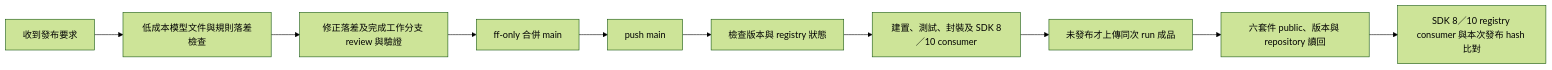
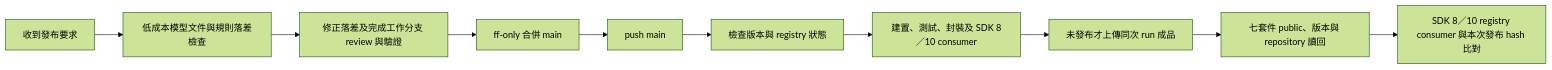
Before and after one commit to YuChia-Wei/ArchPrecept: the diagram in docs/releases/cicd-plan.md, drawn with Mermaid (forest theme). The commit also changed other lines of this file and 35 other files, not shown here.

````diff
--- a/docs/releases/cicd-plan.md
+++ b/docs/releases/cicd-plan.md
@@ -37,12 +37,12 @@
 ```mermaid
 flowchart LR
     R[收到發布要求] --> S[低成本模型文件與規則落差檢查]
     S --> A[修正落差及完成工作分支 review 與驗證]
     A --> B[ff-only 合併 main]
     B --> C[push main]
     C --> D[檢查版本與 registry 狀態]
     D --> E[建置、測試、封裝及 SDK 8／10 consumer]
     E --> F[未發布才上傳同次 run 成品]
-    F --> G[六套件 public、版本與 repository 讀回]
+    F --> G[七套件 public、版本與 repository 讀回]
     G --> H[SDK 8／10 registry consumer 與本次發布 hash 比對]
 ```
````
